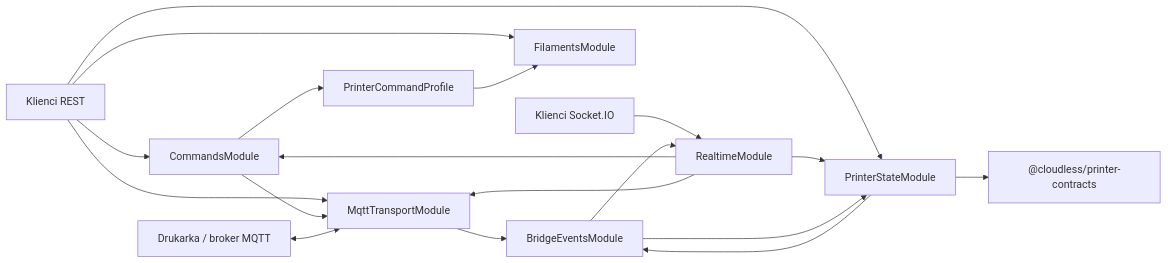
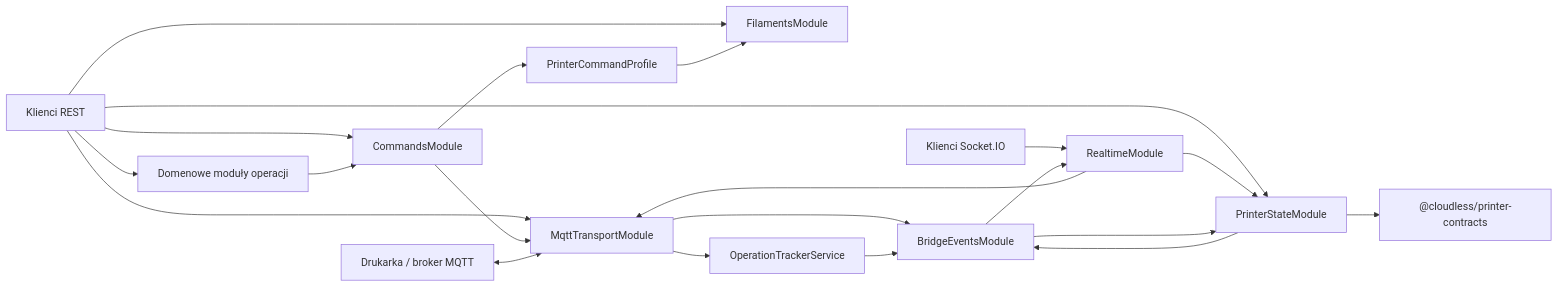
The first of 3 diagrams in apps/mqtt-puppeteer/docs/architecture.md (RobertNeat/CloudLess_Print_Bridge), drawn with Mermaid before and after one commit. The commit also changed other lines of this file and 43 other files, not shown here.

````diff
--- a/apps/mqtt-puppeteer/docs/architecture.md
+++ b/apps/mqtt-puppeteer/docs/architecture.md
@@ -16,32 +16,37 @@
 ```mermaid
 flowchart LR
     REST["Klienci REST"]
     SOCKET["Klienci Socket.IO"]
     COMMANDS["CommandsModule"]
+    DOMAINS["Domenowe moduły operacji"]
     FILAMENTS["FilamentsModule"]
     PROFILE["PrinterCommandProfile"]
     REALTIME["RealtimeModule"]
     MQTT["MqttTransportModule"]
     EVENTS["BridgeEventsModule"]
     STATE["PrinterStateModule"]
+    OPERATIONS["OperationTrackerService"]
     CONTRACTS["@cloudless/printer-contracts"]
     PRINTER["Drukarka / broker MQTT"]
 
     REST --> COMMANDS
+    REST --> DOMAINS
+    DOMAINS --> COMMANDS
     REST --> FILAMENTS
     REST --> MQTT
     REST --> STATE
     SOCKET --> REALTIME
     COMMANDS --> MQTT
     COMMANDS --> PROFILE
     PROFILE --> FILAMENTS
-    REALTIME --> COMMANDS
     REALTIME --> MQTT
     REALTIME --> STATE
     PRINTER <--> MQTT
     MQTT --> EVENTS
+    MQTT --> OPERATIONS
+    OPERATIONS --> EVENTS
     EVENTS --> STATE
     EVENTS --> REALTIME
     STATE --> EVENTS
     STATE --> CONTRACTS
 ```
````
